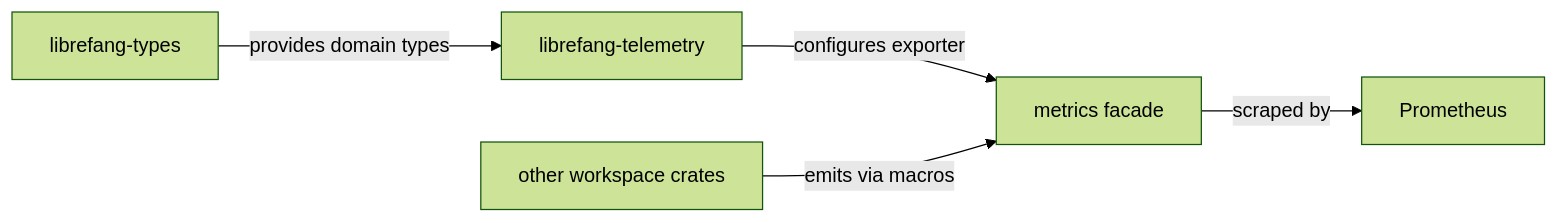
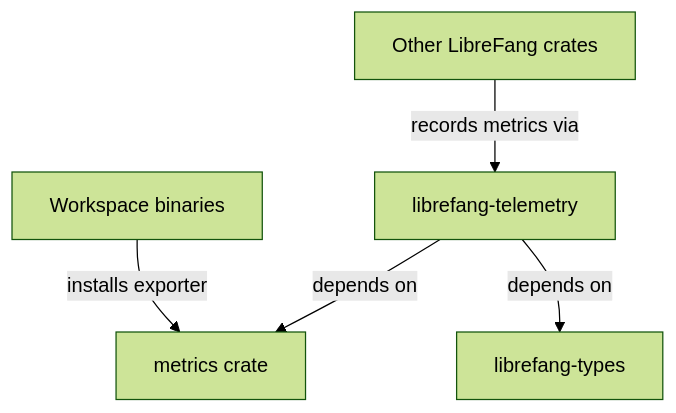
The diagram in other-librefang-telemetry.md (leszek3737/librefang-WIki), drawn with Mermaid (forest theme) before and after one commit. The commit also changed other lines of this file and 120 other files, not shown here.

````diff
--- a/other-librefang-telemetry.md
+++ b/other-librefang-telemetry.md
@@ -48,7 +28,7 @@
 ```mermaid
-graph LR
-    A[librefang-telemetry] -->|configures exporter| B[metrics facade]
-    C[librefang-types] -->|provides domain types| A
-    D[other workspace crates] -->|emits via macros| B
-    B -->|scraped by| E[Prometheus]
+graph TD
+    A[librefang-telemetry] -->|depends on| B[metrics crate]
+    A -->|depends on| C[librefang-types]
+    D[Workspace binaries] -->|installs exporter| B
+    E[Other LibreFang crates] -->|records metrics via| A
 ```
````
